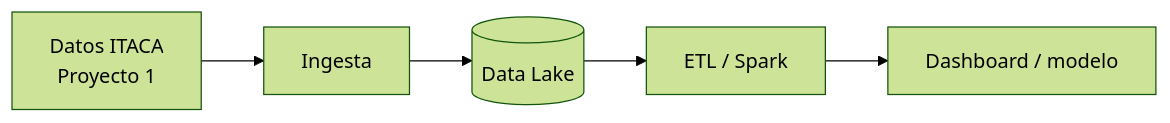
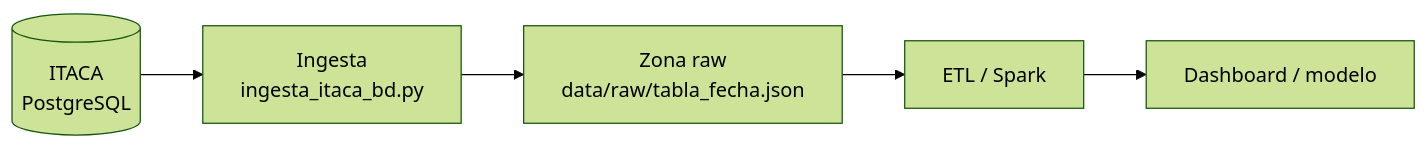
One commit to Serer26/bigdata-p2-itaca_2 changed the diagram in README.md. Above: the diagram before and after it, drawn with Mermaid (forest theme). The commit also changed other lines of this file and 5 other files, not shown here.

Commit message:
P2: ingesta de datos ITACA desde PostgreSQL con anonimización del NIA

````diff
--- a/README.md
+++ b/README.md
@@ -16,7 +16,7 @@
 ```mermaid
 graph LR
-    A[Datos ITACA<br/>Proyecto 1] --> B[Ingesta]
-    B --> C[(Data Lake)]
-    C --> D[ETL / Spark]
+    A[(ITACA<br/>PostgreSQL)] --> B[Ingesta<br/>ingesta_itaca_bd.py]
+    B --> R[Zona raw<br/>data/raw/tabla_fecha.json]
+    R --> D[ETL / Spark]
     D --> E[Dashboard / modelo]
 ```
````
